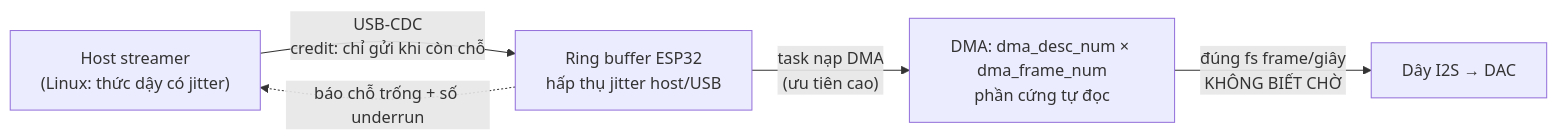
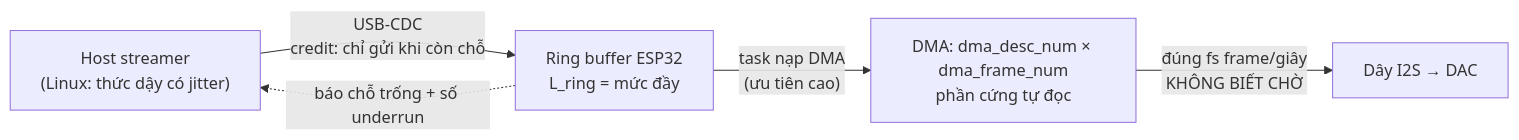
The third of 3 diagrams in giao-trinh/khoa-3/m1-chuoi-phat.md (mrleloi/robotics-lab), drawn with Mermaid before and after one commit. The commit also changed other lines of this file and 6 other files, not shown here.

````diff
--- a/giao-trinh/khoa-3/m1-chuoi-phat.md
+++ b/giao-trinh/khoa-3/m1-chuoi-phat.md
@@ -716,7 +809,7 @@
 ```mermaid
 flowchart LR
-  P["Host streamer<br/>(Linux: thức dậy có jitter)"] -- "USB-CDC<br/>credit: chỉ gửi khi còn chỗ" --> R["Ring buffer ESP32<br/>hấp thụ jitter host/USB"]
+  P["Host streamer<br/>(Linux: thức dậy có jitter)"] -- "USB-CDC<br/>credit: chỉ gửi khi còn chỗ" --> R["Ring buffer ESP32<br/>L_ring = mức đầy"]
   R -- "task nạp DMA<br/>(ưu tiên cao)" --> D["DMA: dma_desc_num × dma_frame_num<br/>phần cứng tự đọc"]
   D -- "đúng fs frame/giây<br/>KHÔNG BIẾT CHỜ" --> W["Dây I2S → DAC"]
   R -. "báo chỗ trống + số underrun" .-> P
 ```
````
